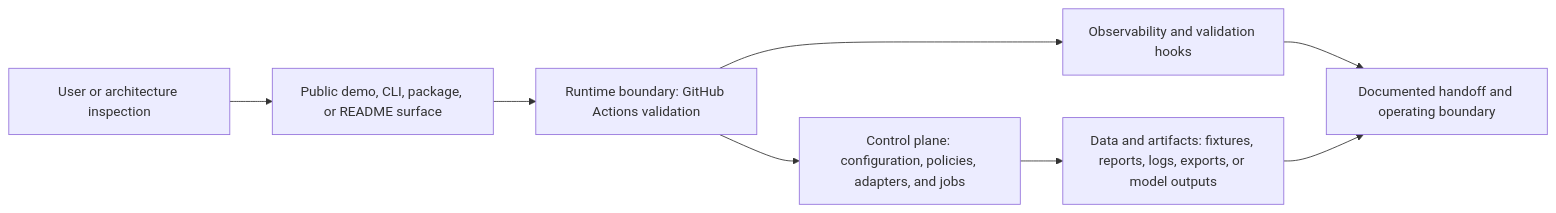
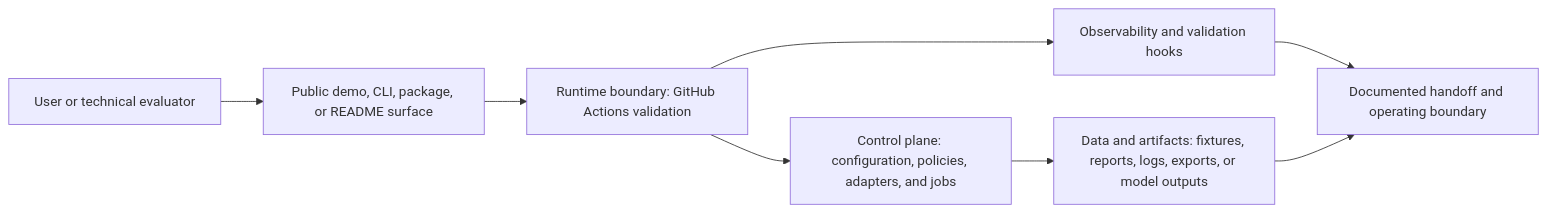
Before and after one commit to KIM3310/KIM3310: the diagram in docs/system-architecture.md, drawn with Mermaid. The commit also changed 27 other files, not shown here.

Commit message:
docs: refine portfolio architecture and service map

````diff
--- a/docs/system-architecture.md
+++ b/docs/system-architecture.md
@@ -18,10 +18,10 @@
 ```mermaid
 flowchart LR
-    User["User or architecture inspection"] --> Surface["Public demo, CLI, package, or README surface"]
+    User["User or technical evaluator"] --> Surface["Public demo, CLI, package, or README surface"]
     Surface --> Runtime["Runtime boundary: GitHub Actions validation"]
     Runtime --> Control["Control plane: configuration, policies, adapters, and jobs"]
     Control --> Data["Data and artifacts: fixtures, reports, logs, exports, or model outputs"]
     Runtime --> Observability["Observability and validation hooks"]
     Observability --> Handoff["Documented handoff and operating boundary"]
     Data --> Handoff
 ```
````
